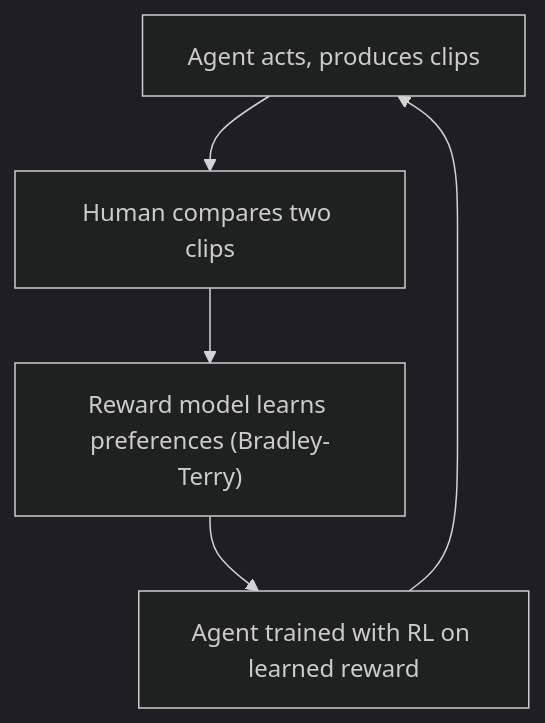
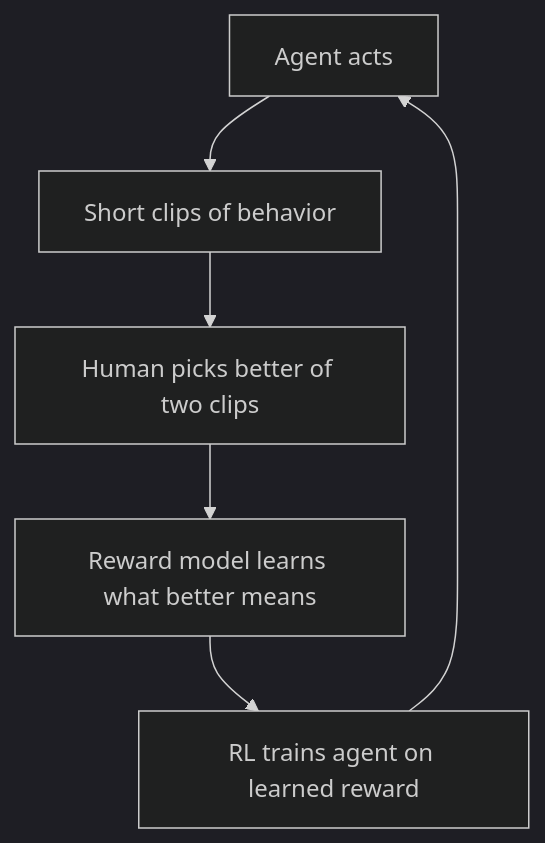
One commit to kaisarnajar/outcome-school-blogs changed the first of 3 diagrams in notes/step-07-training-fine-tuning-and-alignment/088-decoding-deep-rl-from-human-preferences.md. Above: the diagram before and after it, drawn with Mermaid (dark theme). The commit also changed other lines of this file and 233 other files, not shown here.

````diff
--- a/notes/step-07-training-fine-tuning-and-alignment/088-decoding-deep-rl-from-human-preferences.md
+++ b/notes/step-07-training-fine-tuning-and-alignment/088-decoding-deep-rl-from-human-preferences.md
@@ -43,7 +69,8 @@
 ```mermaid
 flowchart TD
-    A["Agent acts, produces clips"] --> B["Human compares two clips"]
-    B --> C["Reward model learns preferences (Bradley-Terry)"]
-    C --> D["Agent trained with RL on learned reward"]
-    D --> A
+    ag["Agent acts"] --> cl["Short clips of behavior"]
+    cl --> hu["Human picks better of two clips"]
+    hu --> rm["Reward model learns what better means"]
+    rm --> rl["RL trains agent on learned reward"]
+    rl --> ag
 ```
````
